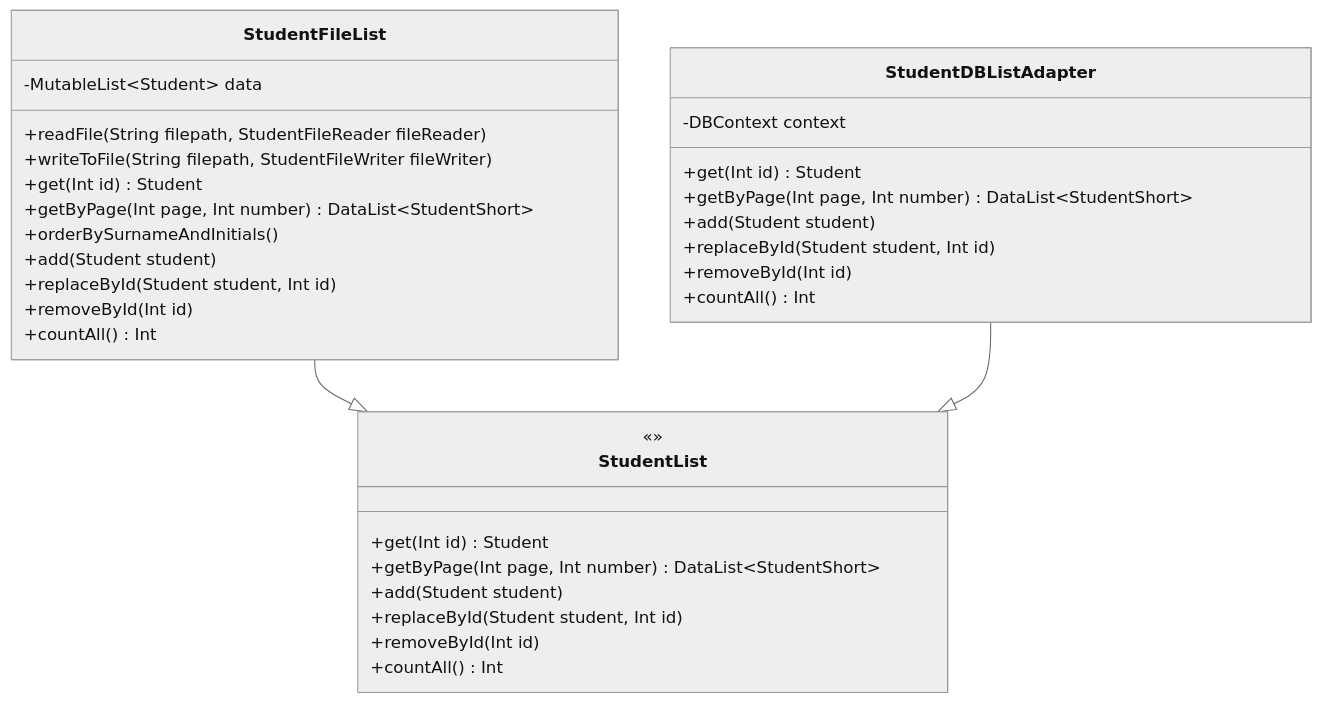
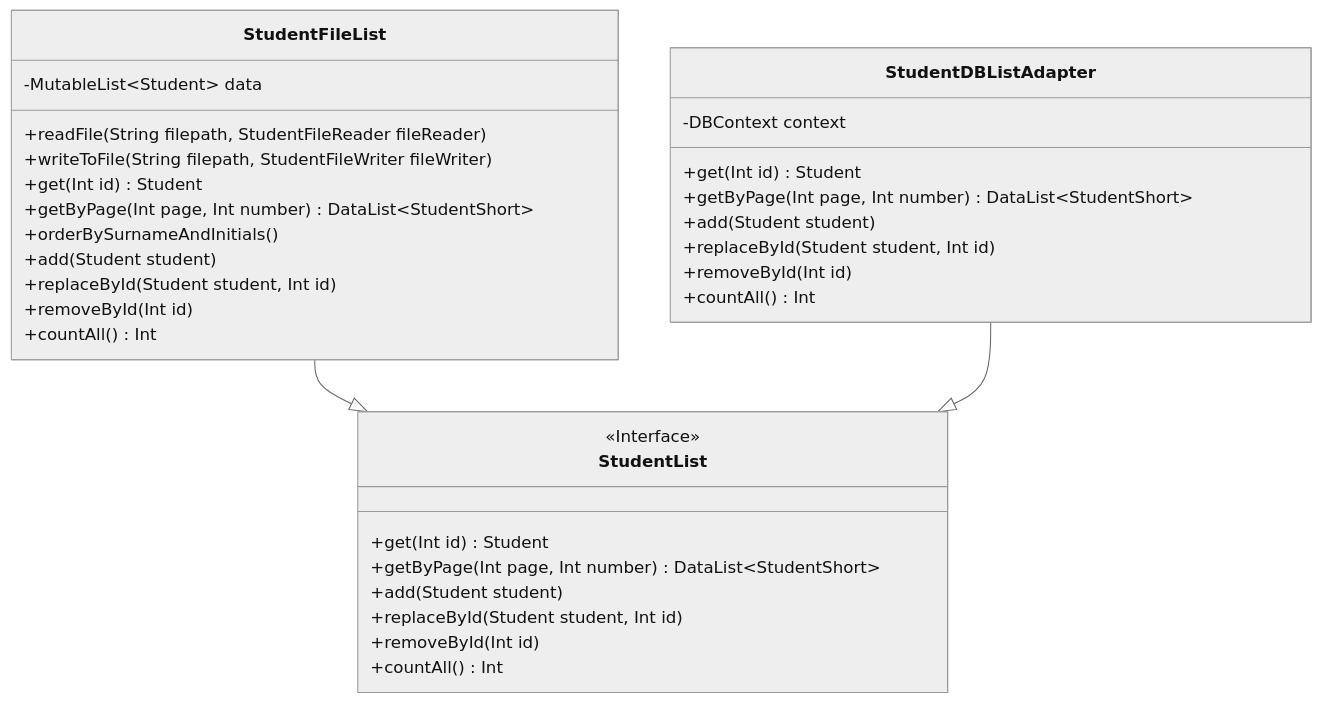
One commit to black-lemonov/KotlinPatterns changed the eighth of 8 diagrams in README.md. Above: the diagram before and after it, drawn with Mermaid (neutral theme).

Commit message:
ЛР5 Исправлена диаграмма классов

````diff
--- a/README.md
+++ b/README.md
@@ -286,36 +286,36 @@
 ```mermaid
 classDiagram
 StudentFileList --|> StudentList
 StudentDBListAdapter --|> StudentList
 class StudentList {
-    <<<Interface>>>
+    <<Interface>>
     +get(Int id) Student
     +getByPage(Int page, Int number) DataList~StudentShort~ 
     +add(Student student)
     +replaceById(Student student, Int id)
     +removeById(Int id)
     +countAll() Int 
 }
 class StudentDBListAdapter {
     -DBContext context
     +get(Int id) Student
     +getByPage(Int page, Int number) DataList~StudentShort~ 
     +add(Student student)
     +replaceById(Student student, Int id)
     +removeById(Int id)
     +countAll() Int 
 }
 class StudentFileList {
     -MutableList~Student~ data
     +readFile(String filepath, StudentFileReader fileReader)
     +writeToFile(String filepath, StudentFileWriter fileWriter)
     +get(Int id) Student
     +getByPage(Int page, Int number) DataList~StudentShort~ 
     +orderBySurnameAndInitials()
     +add(Student student)
     +replaceById(Student student, Int id)
     +removeById(Int id)
     +countAll() Int 
 }
 
 ```
````
